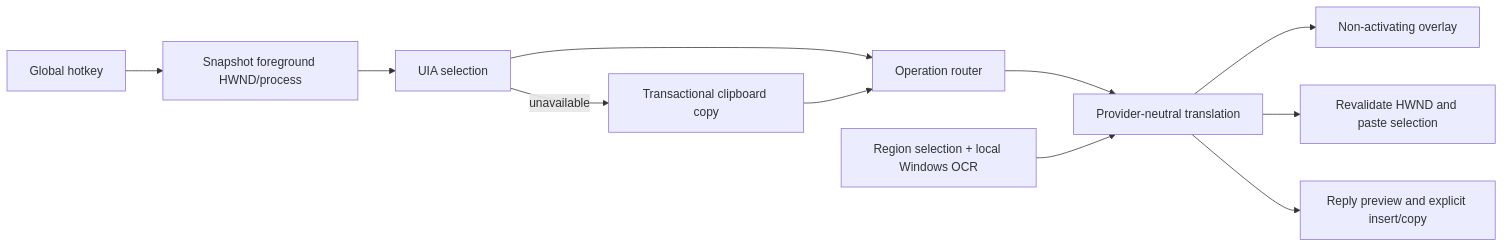
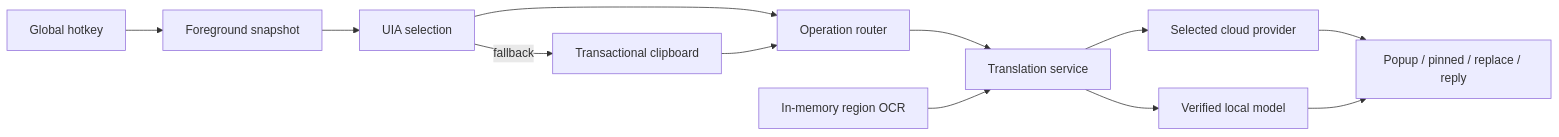
Before and after one commit to phat7000/OneBoardInlineTranslate: the diagram in ARCHITECTURE.md, drawn with Mermaid. The commit also changed other lines of this file and 51 other files, not shown here.

Commit message:
release: add dynamic languages local translation and result modes

````diff
--- a/ARCHITECTURE.md
+++ b/ARCHITECTURE.md
@@ -9,13 +7,14 @@
 ```mermaid
 flowchart LR
-    HK[Global hotkey] --> FG[Snapshot foreground HWND/process]
-    FG --> CAP[UIA selection]
-    CAP -->|unavailable| CB[Transactional clipboard copy]
-    CAP --> ROUTE[Operation router]
-    CB --> ROUTE
-    ROUTE --> TX[Provider-neutral translation]
-    TX --> OV[Non-activating overlay]
-    TX --> REPLACE[Revalidate HWND and paste selection]
-    TX --> REPLY[Reply preview and explicit insert/copy]
-    OCR[Region selection + local Windows OCR] --> TX
+  HK[Global hotkey] --> FG[Foreground snapshot]
+  FG --> CAP[UIA selection]
+  CAP -->|fallback| CB[Transactional clipboard]
+  CAP --> ROUTE[Operation router]
+  CB --> ROUTE
+  ROUTE --> TS[Translation service]
+  TS --> CLOUD[Selected cloud provider]
+  TS --> LOCAL[Verified local model]
+  CLOUD --> OUT[Popup / pinned / replace / reply]
+  LOCAL --> OUT
+  OCR[In-memory region OCR] --> TS
 ```
````
